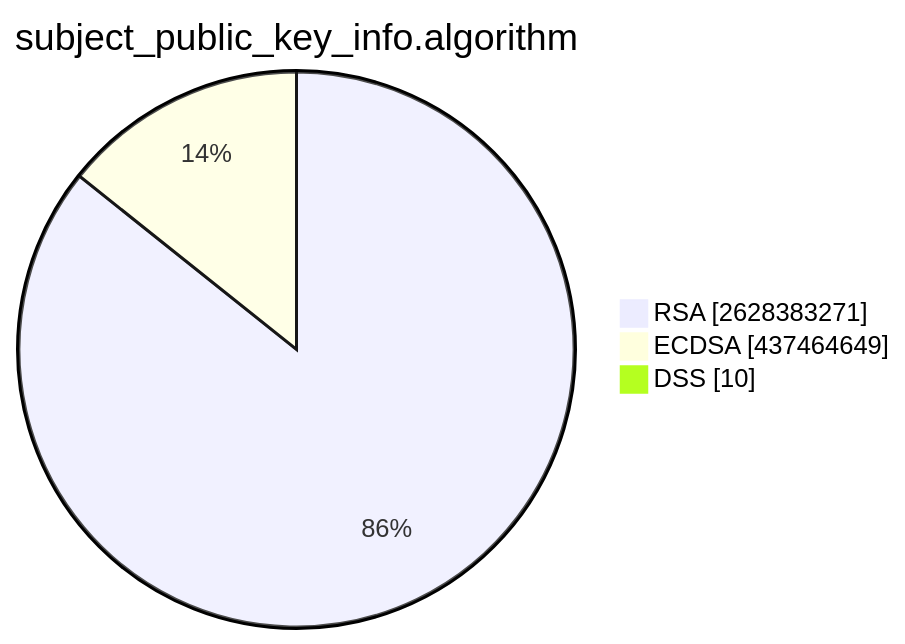
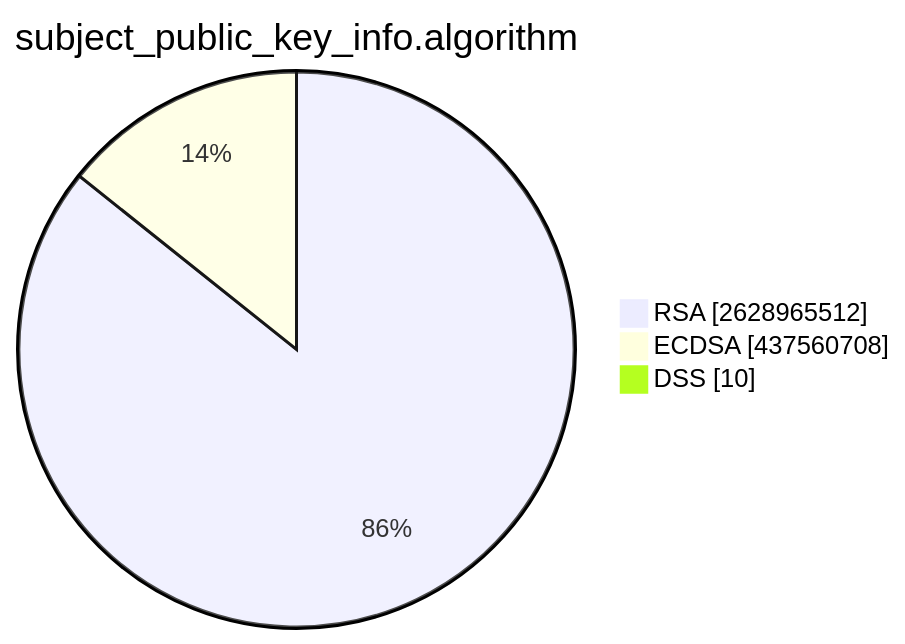
Before and after one commit to christiankrug/ctmonitor_visualization: the second of 15 diagrams in TOTAL/README.md, drawn with Mermaid. The commit also changed other lines of this file, not shown here.

````diff
--- a/TOTAL/README.md
+++ b/TOTAL/README.md
@@ -6,7 +6,7 @@
 ```mermaid
 pie showData
 title subject_public_key_info.algorithm
-"RSA" :2628383271
-"ECDSA" :437464649
+"RSA" :2628965512
+"ECDSA" :437560708
 "DSS" :10
 ```
````
